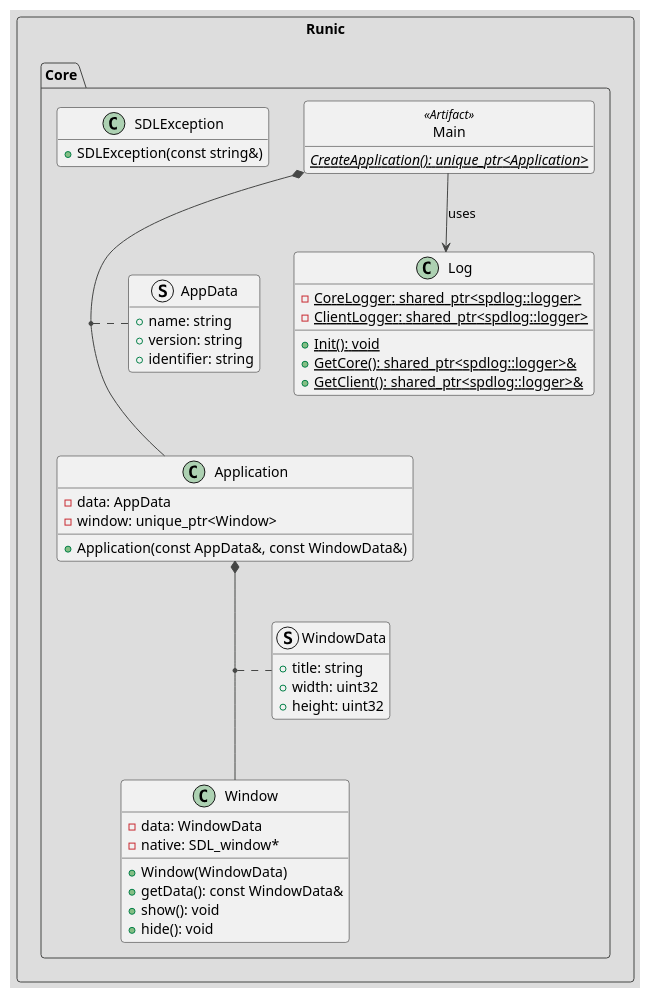
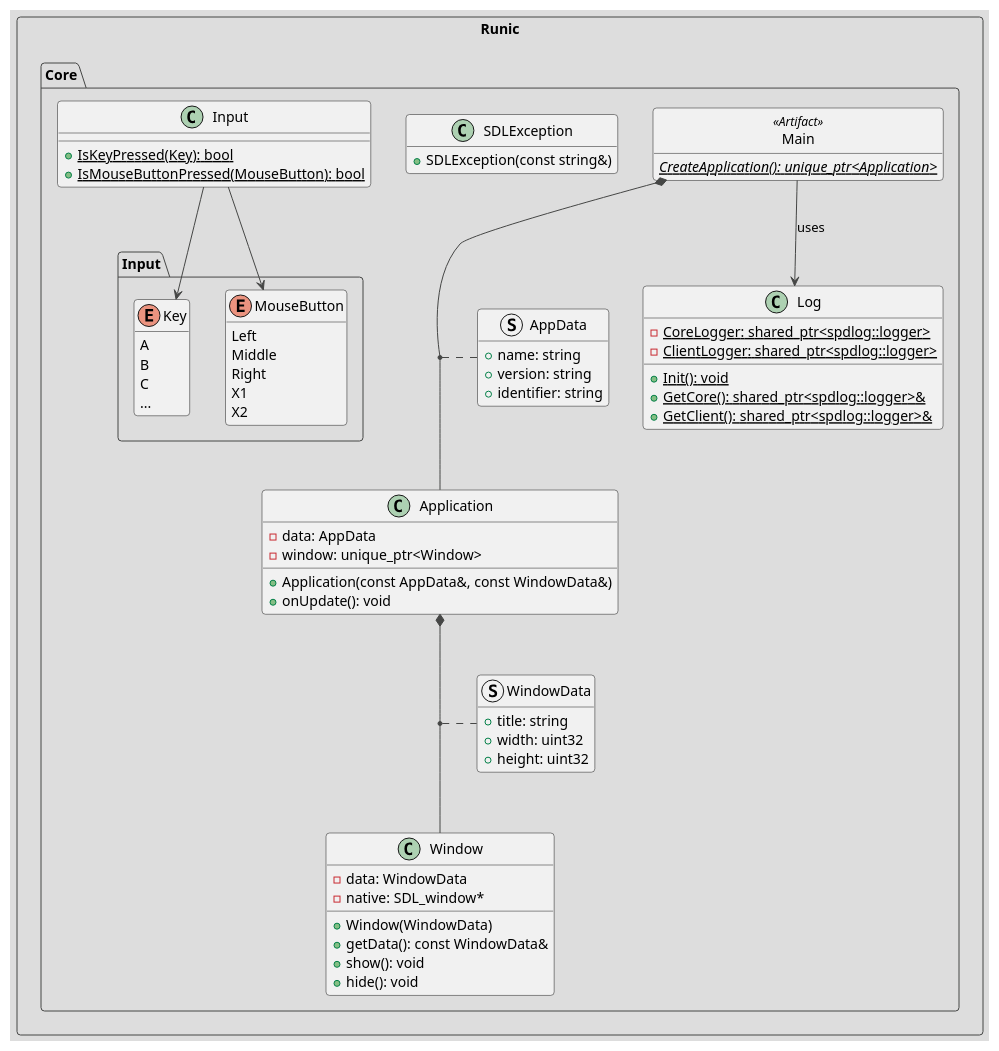
The diagram in Runic/doc/classes.plantuml (dedbox/Runic), drawn with PlantUML before and after one commit. The commit also changed 11 other files, not shown here.

Commit message:
add keyboard/mouse continuous input API

```diff
--- a/Runic/doc/classes.plantuml
+++ b/Runic/doc/classes.plantuml
@@ -1,68 +1,98 @@
 @startuml
 !theme toy
 
 package Runic <<rectangle>> {
   package Core <<folder>> {
     class Main <<Artifact>> {
       {static} {abstract} CreateApplication(): unique_ptr<Application>
     }
 
     hide <<Artifact>> circle
     hide <<Artifact>> fields
 
     struct AppData {
       + name: string
       + version: string
       + identifier: string
     }
 
     hide AppData methods
 
     class Application {
       - data: AppData
       - window: unique_ptr<Window>
       + Application(const AppData&, const WindowData&)
+      + onUpdate(): void
     }
 
     Main *-- Application
     (Main, Application) .. AppData
 
     struct WindowData {
       + title: string
       + width: uint32
       + height: uint32
     }
 
     hide WindowData methods
 
     class Window {
       - data: WindowData
       - native: SDL_window*
       + Window(WindowData)
       + getData(): const WindowData&
       + show(): void
       + hide(): void
     }
 
     Application *-- Window
     (Application, Window) .. WindowData
 
     class SDLException {
       + SDLException(const string&)
     }
 
     hide SDLException fields
 
     class Log {
       {static} - CoreLogger: shared_ptr<spdlog::logger>
       {static} - ClientLogger: shared_ptr<spdlog::logger>
       {static} + Init(): void
       {static} + GetCore(): shared_ptr<spdlog::logger>&
       {static} + GetClient(): shared_ptr<spdlog::logger>&
     }
 
     Main --> Log : uses
+
+    class Input {
+      {static} + IsKeyPressed(Key): bool
+      {static} + IsMouseButtonPressed(MouseButton): bool
+    }
+
+    package Input as InputPkg {
+      enum Key {
+        A
+        B
+        C
+        ...
+      }
+
+      hide Key methods
+
+      enum MouseButton {
+        Left
+        Middle
+        Right
+        X1
+        X2
+      }
+
+      hide MouseButton methods
+    }
+
+    Input --> Key
+    Input --> MouseButton
   }
 }
 
 @enduml
```
